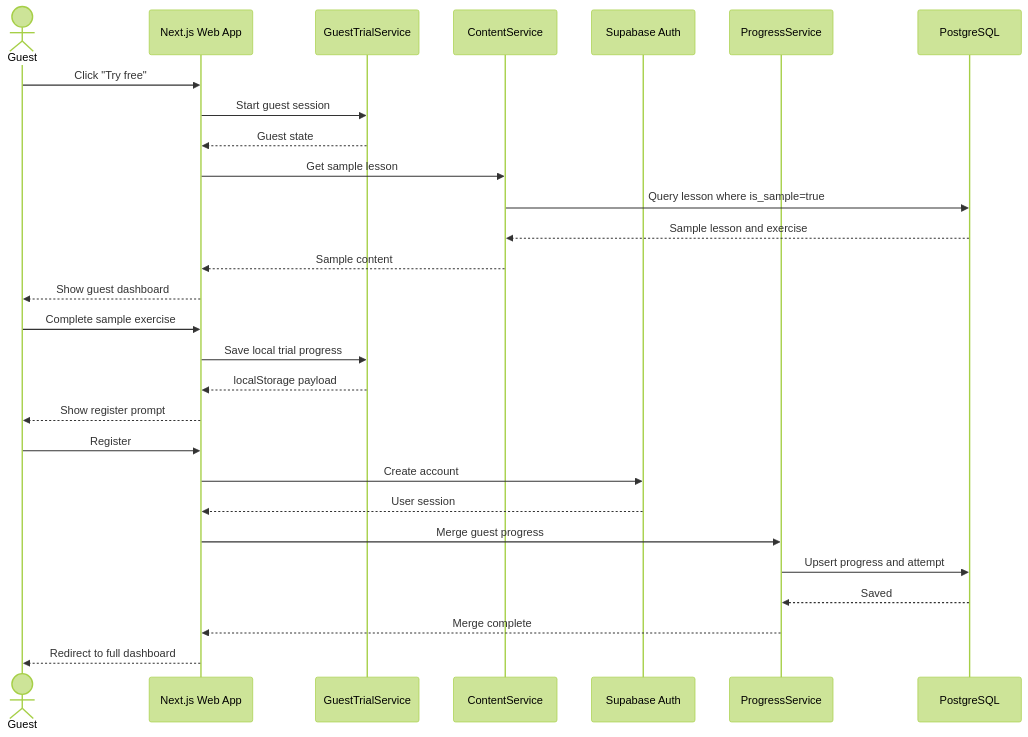
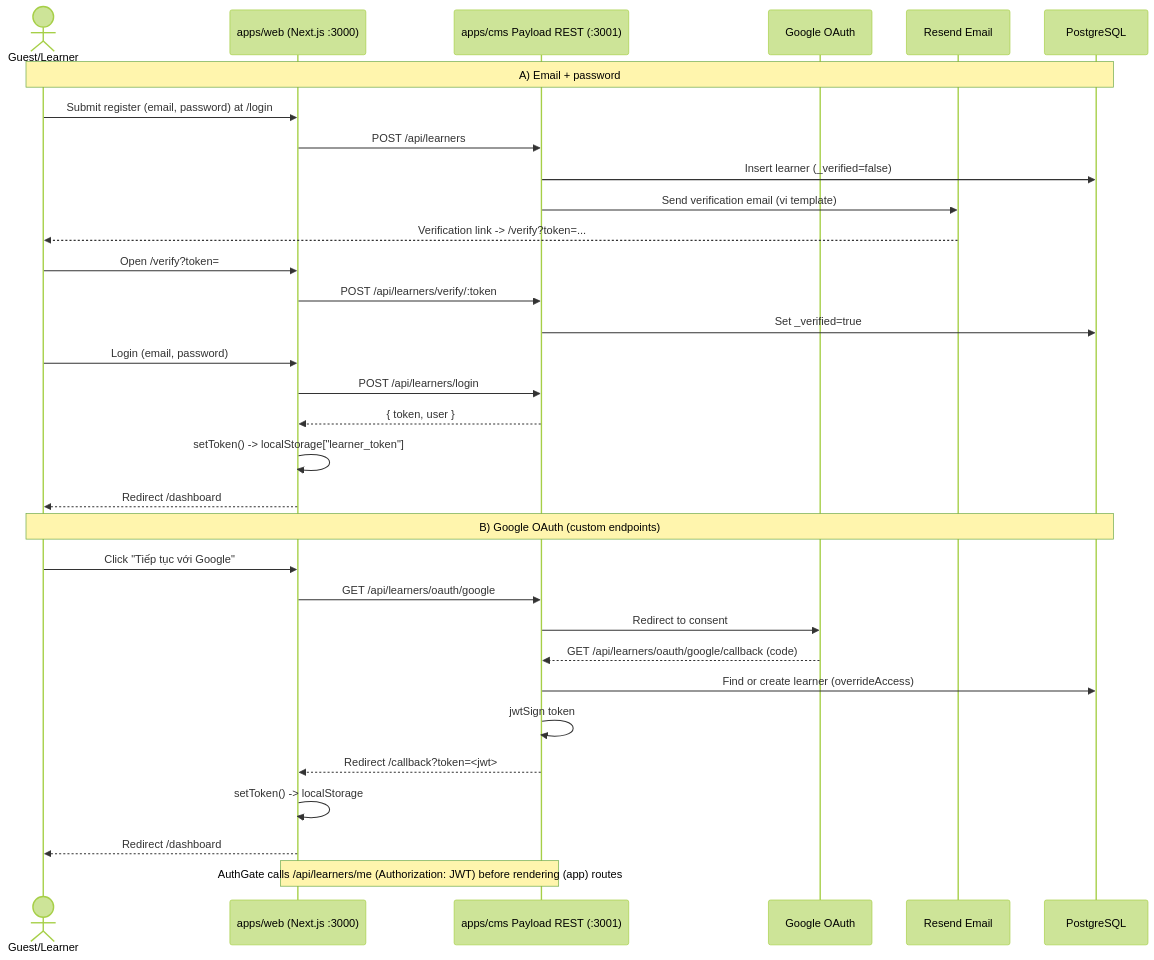
Before and after one commit to Namtk214/Software-engineering-proj-document: the first of 3 diagrams in diagrams.md, drawn with Mermaid (forest theme). The commit also changed other lines of this file and 2 other files, not shown here.

````diff
--- a/diagrams.md
+++ b/diagrams.md
@@ -126,33 +231,37 @@
 ```mermaid
 sequenceDiagram
-  actor Guest
-  participant Web as Next.js Web App
-  participant GuestSvc as GuestTrialService
-  participant Content as ContentService
-  participant Auth as Supabase Auth
-  participant Progress as ProgressService
+  actor User as Guest/Learner
+  participant Web as apps/web (Next.js :3000)
+  participant CMS as apps/cms Payload REST (:3001)
+  participant Google as Google OAuth
+  participant Resend as Resend Email
   participant DB as PostgreSQL
 
-  Guest->>Web: Click "Try free"
-  Web->>GuestSvc: Start guest session
-  GuestSvc-->>Web: Guest state
-  Web->>Content: Get sample lesson
-  Content->>DB: Query lesson where is_sample=true
-  DB-->>Content: Sample lesson and exercise
-  Content-->>Web: Sample content
-  Web-->>Guest: Show guest dashboard
+  Note over User,DB: A) Email + password
+  User->>Web: Submit register (email, password) at /login
+  Web->>CMS: POST /api/learners
+  CMS->>DB: Insert learner (_verified=false)
+  CMS->>Resend: Send verification email (vi template)
+  Resend-->>User: Verification link -> /verify?token=...
+  User->>Web: Open /verify?token=
+  Web->>CMS: POST /api/learners/verify/:token
+  CMS->>DB: Set _verified=true
+  User->>Web: Login (email, password)
+  Web->>CMS: POST /api/learners/login
+  CMS-->>Web: { token, user }
+  Web->>Web: setToken() -> localStorage["learner_token"]
+  Web-->>User: Redirect /dashboard
 
-  Guest->>Web: Complete sample exercise
-  Web->>GuestSvc: Save local trial progress
-  GuestSvc-->>Web: localStorage payload
-  Web-->>Guest: Show register prompt
+  Note over User,DB: B) Google OAuth (custom endpoints)
+  User->>Web: Click "Tiếp tục với Google"
+  Web->>CMS: GET /api/learners/oauth/google
+  CMS->>Google: Redirect to consent
+  Google-->>CMS: GET /api/learners/oauth/google/callback (code)
+  CMS->>DB: Find or create learner (overrideAccess)
+  CMS->>CMS: jwtSign token
+  CMS-->>Web: Redirect /callback?token=<jwt>
+  Web->>Web: setToken() -> localStorage
+  Web-->>User: Redirect /dashboard
 
-  Guest->>Web: Register
-  Web->>Auth: Create account
-  Auth-->>Web: User session
-  Web->>Progress: Merge guest progress
-  Progress->>DB: Upsert progress and attempt
-  DB-->>Progress: Saved
-  Progress-->>Web: Merge complete
-  Web-->>Guest: Redirect to full dashboard
+  Note over Web,CMS: AuthGate calls /api/learners/me (Authorization: JWT) before rendering (app) routes
 ```
````
